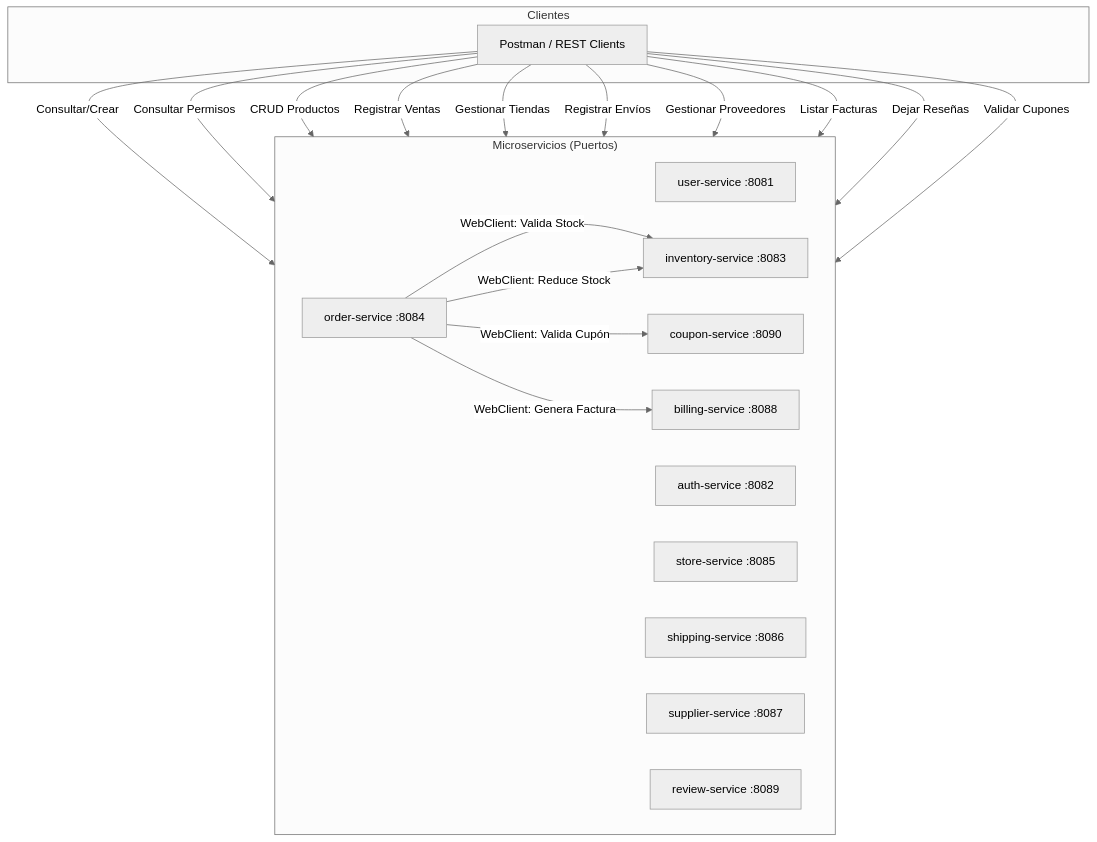
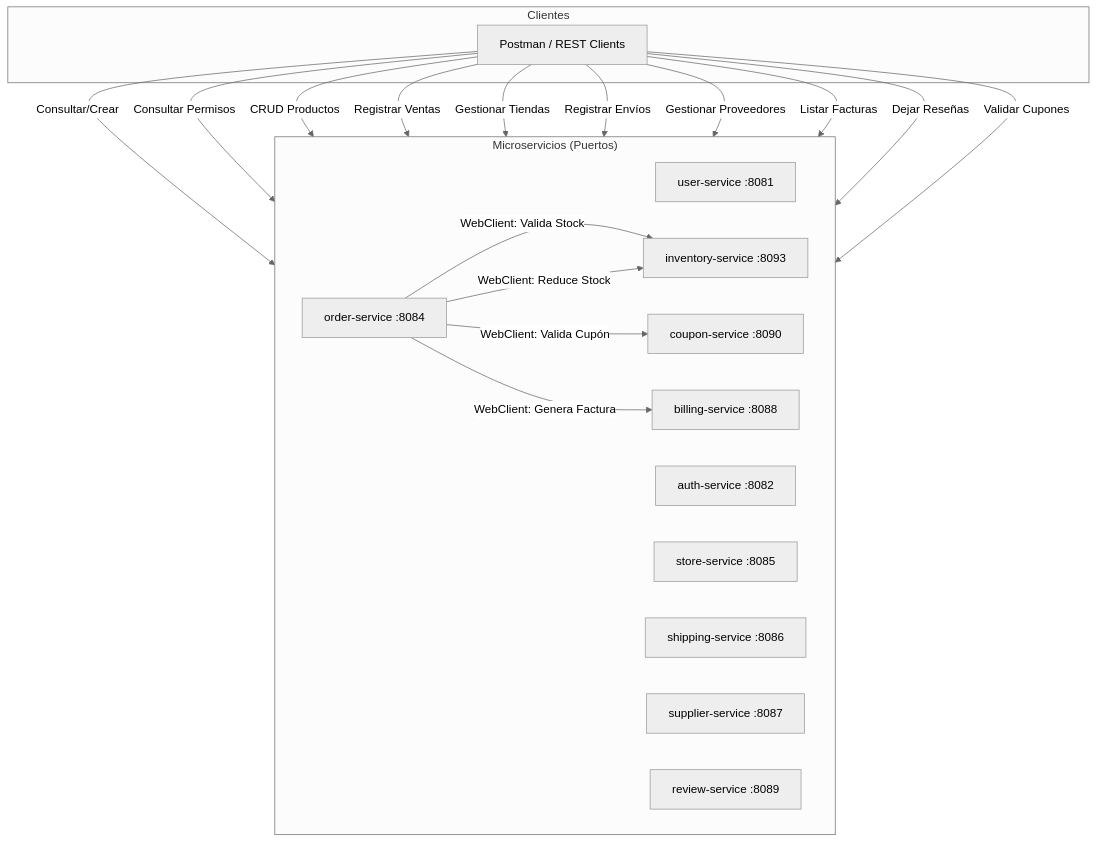
The diagram in README.md (Lukkyuu/fullstack1-ecomarket), drawn with Mermaid (neutral theme) before and after one commit. The commit also changed other lines of this file and 11 other files, not shown here.

Commit message:
feat: migrate inventory-service port to 8093 and activate MySQL/XAMPP database configurations

````diff
--- a/README.md
+++ b/README.md
@@ -16,36 +16,36 @@
 ```mermaid
 graph TD
     subgraph "Clientes"
         Postman[Postman / REST Clients]
     end
 
     subgraph "Microservicios (Puertos)"
         direction LR
         UserService[user-service :8081]
         AuthService[auth-service :8082]
-        InventoryService[inventory-service :8083]
+        InventoryService[inventory-service :8093]
         OrderService[order-service :8084]
         StoreService[store-service :8085]
         ShippingService[shipping-service :8086]
         SupplierService[supplier-service :8087]
         BillingService[billing-service :8088]
         ReviewService[review-service :8089]
         CouponService[coupon-service :8090]
     end
 
     Postman -->|Consultar/Crear| UserService
     Postman -->|Consultar Permisos| AuthService
     Postman -->|CRUD Productos| InventoryService
     Postman -->|Registrar Ventas| OrderService
     Postman -->|Gestionar Tiendas| StoreService
     Postman -->|Registrar Envíos| ShippingService
     Postman -->|Gestionar Proveedores| SupplierService
     Postman -->|Listar Facturas| BillingService
     Postman -->|Dejar Reseñas| ReviewService
     Postman -->|Validar Cupones| CouponService
 
     OrderService -->|WebClient: Valida Stock| InventoryService
     OrderService -->|WebClient: Reduce Stock| InventoryService
     OrderService -->|WebClient: Valida Cupón| CouponService
     OrderService -->|WebClient: Genera Factura| BillingService
 ```
````
